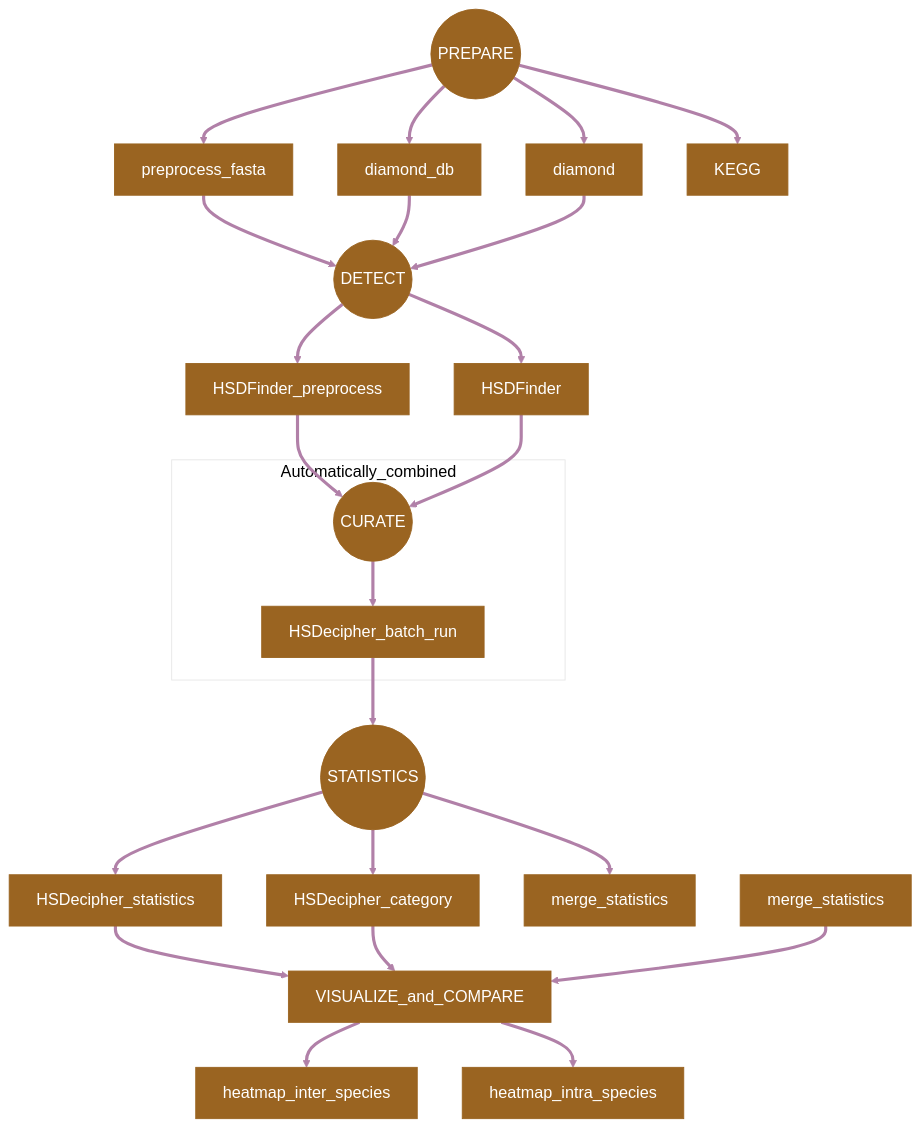
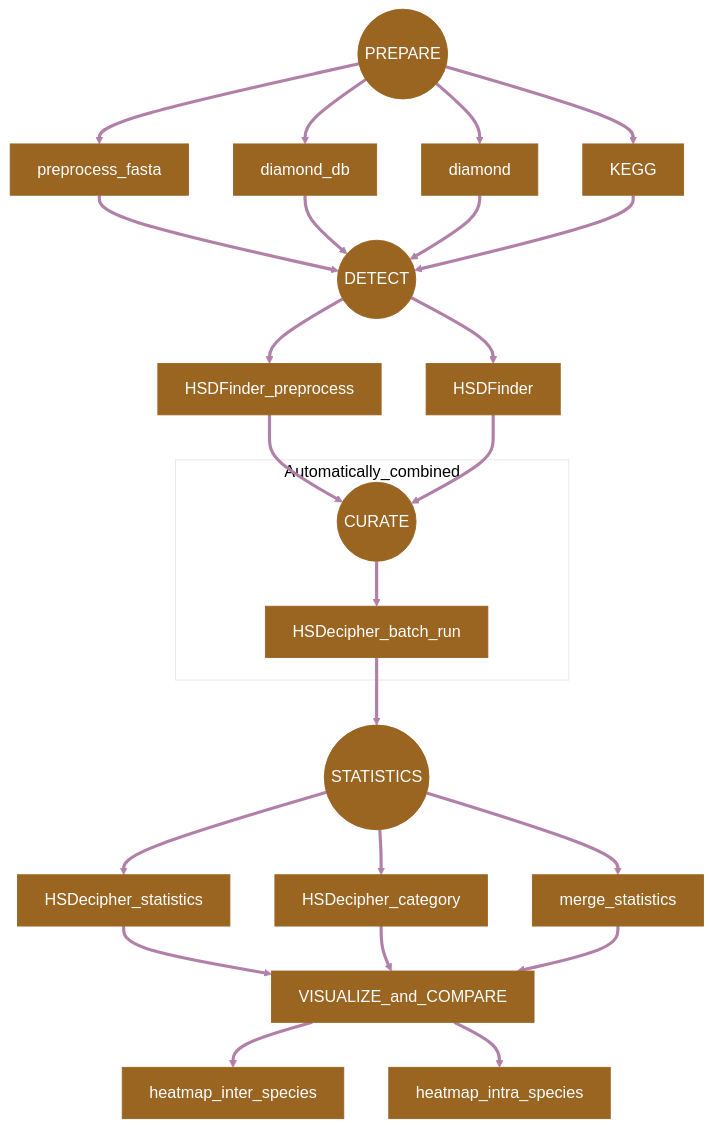
One commit to zx0223winner/HSDSnake changed the diagram in README.md. Above: the diagram before and after it, drawn with Mermaid.

````diff
--- a/README.md
+++ b/README.md
@@ -10,51 +10,52 @@
 ```mermaid
 %%{init: {
     'theme': 'base',
     'themeVariables': {
     'fontSize': '18px",
     'primaryColor': '#9A6421',
     'primaryTextColor': '#ffffff',
     'primaryBorderColor': '#9A6421',
     'lineColor': '#B180A8',
     'secondaryColor': '#455C58',
     'tertiaryColor': '#ffffff'
   }
 }}%%
 flowchart TD
   
   PREPARE((PREPARE)) ==> preprocess_fasta[preprocess_fasta]
   PREPARE ==> diamond_db[diamond_db]
   PREPARE ==> diamond[ diamond]
   PREPARE ==> KEGG[KEGG]
 
   preprocess_fasta ==> DETECT
   diamond_db ==> DETECT
   diamond ==> DETECT
-
+  KEGG ==> DETECT
 
   DETECT((DETECT)) ==> HSDFinder_preprocess[HSDFinder_preprocess]
   DETECT ==> HSDFinder[HSDFinder]
   
 
   HSDFinder_preprocess ==> CURATE
   HSDFinder ==> CURATE
   
   subgraph Automatically_combined
    CURATE((CURATE)) ==> HSDecipher_batch_run[HSDecipher_batch_run]
   end
+
   HSDecipher_batch_run ==> STATISTICS
 
   STATISTICS((STATISTICS)) ==> HSDecipher_statistics[HSDecipher_statistics]
   STATISTICS ==> HSDecipher_category[HSDecipher_category]
-  STATISTICS ==> merge_stastics[merge_statistics]
+  STATISTICS ==> merge_statistics[merge_statistics]
 
   HSDecipher_statistics ==> VISUALIZE_and_COMPARE
   HSDecipher_category ==> VISUALIZE_and_COMPARE
   merge_statistics ==> VISUALIZE_and_COMPARE
 
   VISUALIZE_and_COMPARE ==> HSDecipher_heatmap_inter_species_prepare[heatmap_inter_species]
   VISUALIZE_and_COMPARE ==> HSDecipher_heatmap_intra_species[heatmap_intra_species]
 
 
 
 ```
````
